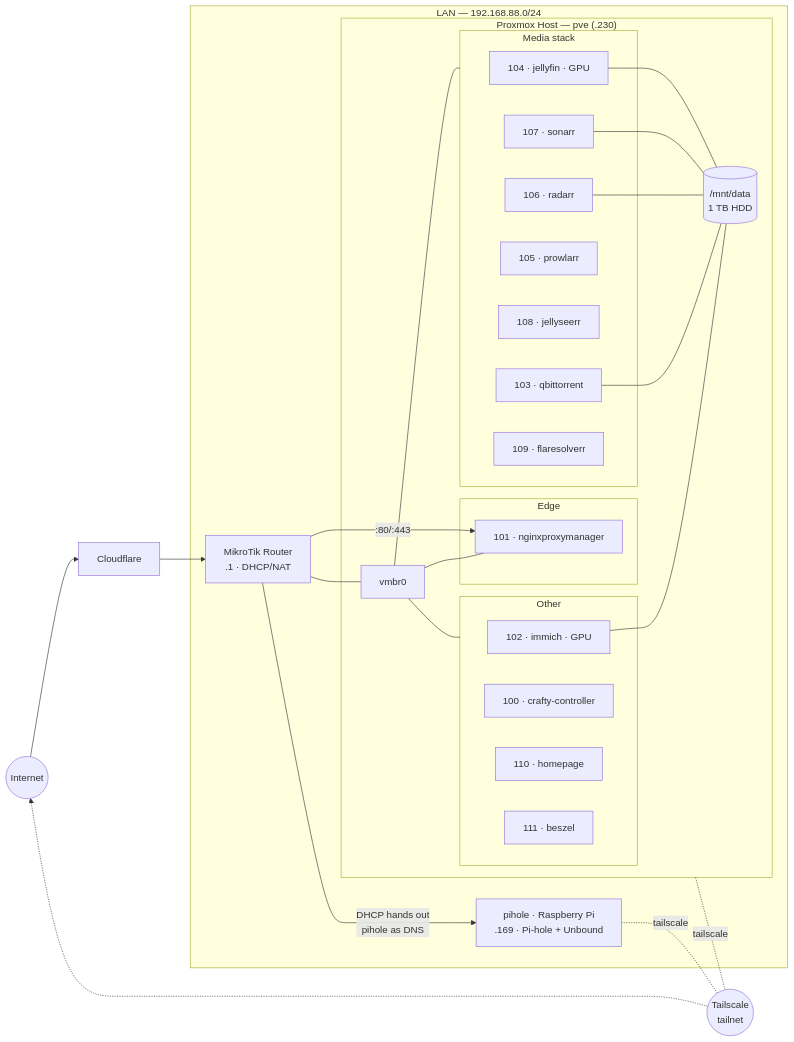
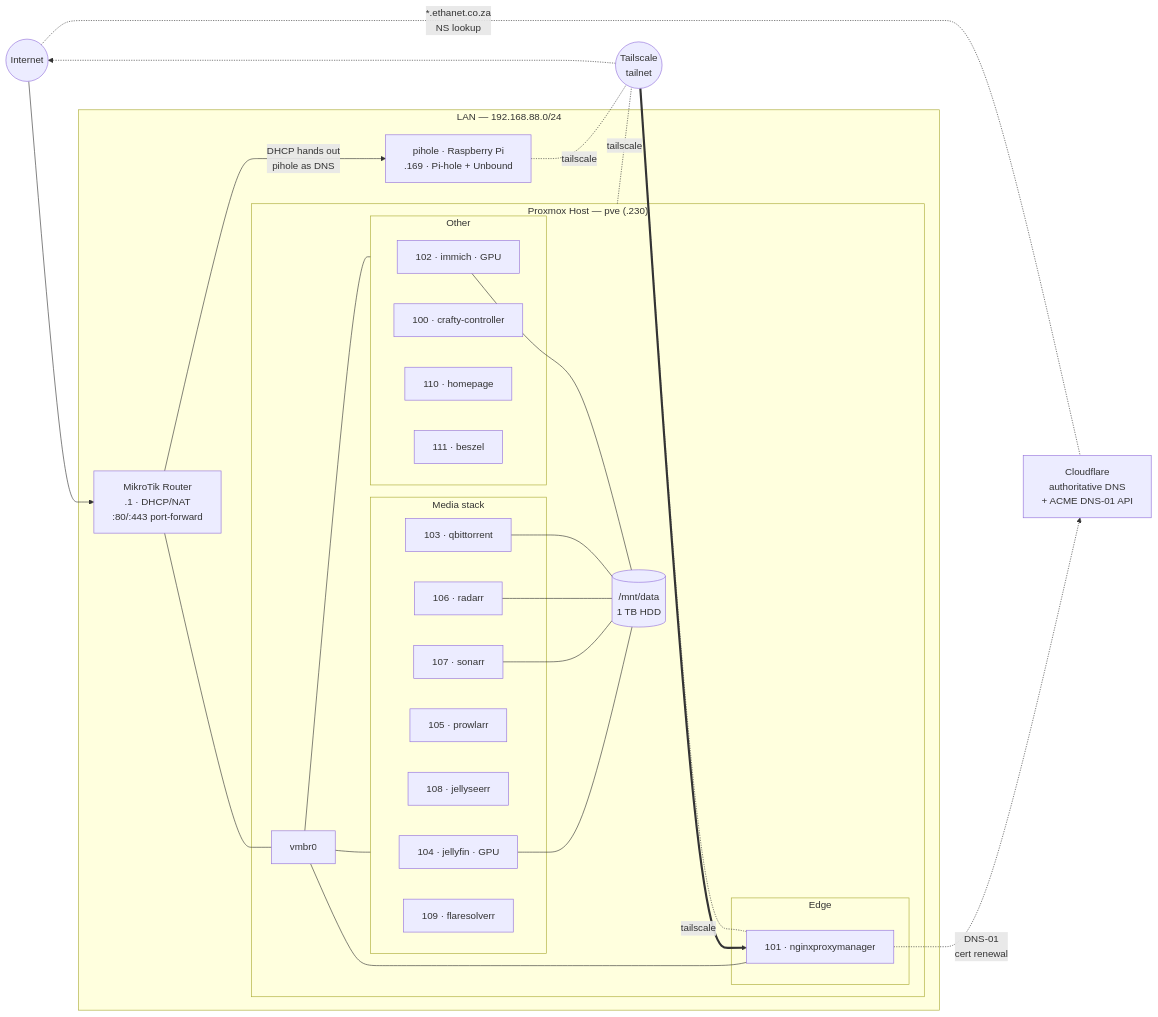
Before and after one commit to EthanFavis/Ethanet: the diagram in README.md, drawn with Mermaid. The commit also changed other lines of this file and 7 other files, not shown here.

First line of the commit message:
Correct architecture: Tailscale-only access, no public ingress

````diff
--- a/README.md
+++ b/README.md
@@ -42,50 +46,54 @@
 ```mermaid
 flowchart LR
     Internet((Internet))
-    CF[Cloudflare]
+    CF[Cloudflare<br/>authoritative DNS<br/>+ ACME DNS-01 API]
 
     subgraph LAN["LAN — 192.168.88.0/24"]
-        Router[MikroTik Router<br/>.1 · DHCP/NAT]
+        Router[MikroTik Router<br/>.1 · DHCP/NAT<br/>:80/:443 port-forward]
         Pihole[pihole · Raspberry Pi<br/>.169 · Pi-hole + Unbound]
 
         subgraph PVE["Proxmox Host — pve (.230)"]
             Bridge[vmbr0]
 
             subgraph Edge["Edge"]
                 NPM[101 · nginxproxymanager]
             end
 
             subgraph Media["Media stack"]
                 Jellyfin[104 · jellyfin · GPU]
                 Sonarr[107 · sonarr]
                 Radarr[106 · radarr]
                 Prowlarr[105 · prowlarr]
                 Seerr[108 · jellyseerr]
                 QB[103 · qbittorrent]
                 Flare[109 · flaresolverr]
             end
 
             subgraph Other["Other"]
                 Immich[102 · immich · GPU]
                 Crafty[100 · crafty-controller]
                 Homepage[110 · homepage]
                 Beszel[111 · beszel]
             end
 
             Storage[(/mnt/data<br/>1 TB HDD)]
         end
     end
 
     Tailnet((Tailscale<br/>tailnet))
 
-    Internet --> CF --> Router
-    Router -- ":80/:443" --> NPM
+    Internet --> Router
     Router -- "DHCP hands out<br/>pihole as DNS" --> Pihole
     Router --- Bridge
     Bridge --- NPM & Media & Other
     Jellyfin & Sonarr & Radarr & QB & Immich --- Storage
 
+    NPM -. "DNS-01<br/>cert renewal" .-> CF
+    Internet -. "*.ethanet.co.za<br/>NS lookup" .- CF
+
     Pihole -.tailscale.- Tailnet
     PVE -.tailscale.- Tailnet
+    NPM -.tailscale.- Tailnet
+    Tailnet ==> NPM
     Tailnet -.-> Internet
 ```
````
